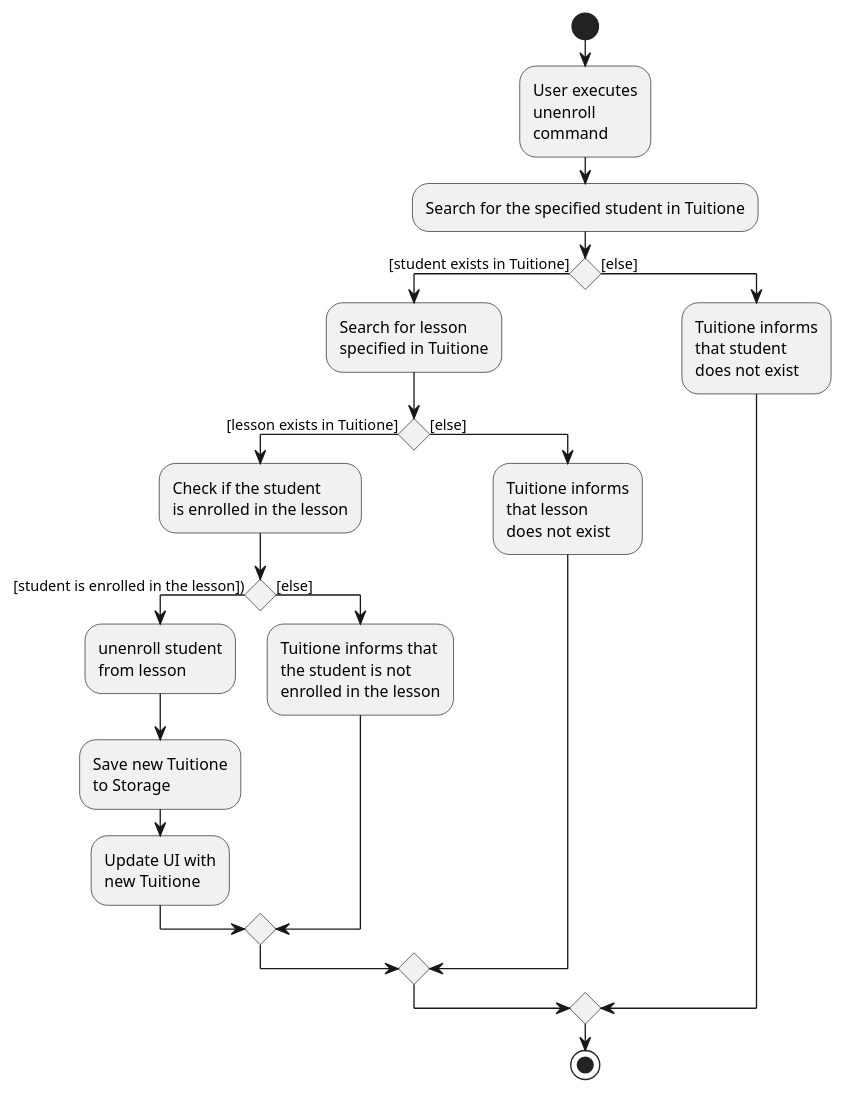
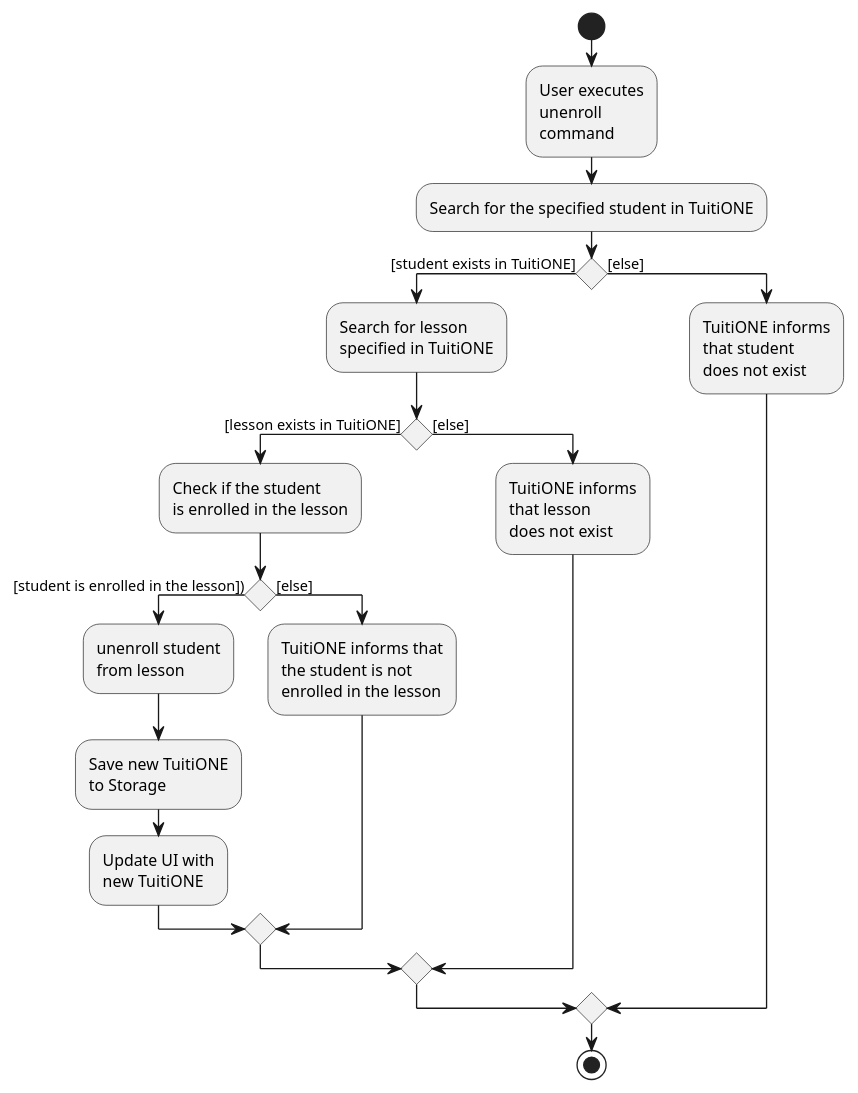
One commit to nus-cs2103-AY2122S1/tp changed the diagram in docs/diagrams/UnenrollActivityDiagram.puml. Above: the diagram before and after it, drawn with PlantUML. The commit also changed 6 other files, not shown here.

Commit message:
Updates to Enroll sequence and activity diagrams

```diff
--- a/docs/diagrams/UnenrollActivityDiagram.puml
+++ b/docs/diagrams/UnenrollActivityDiagram.puml
@@ -1,58 +1,58 @@
 @startuml
 start
 :User executes
 unenroll
 command;
 
 'Since the beta syntax does not support placing the condition outside the
 'diamond we place it as the true branch instead.
 
-:Search for the specified student in Tuitione;
+:Search for the specified student in TuitiONE;
 
-if () then ([student exists in Tuitione])
+if () then ([student exists in TuitiONE])
 
     :Search for lesson
-    specified in Tuitione;
+    specified in TuitiONE;
 
-    if () then ([lesson exists in Tuitione])
+    if () then ([lesson exists in TuitiONE])
 
         :Check if the student
         is enrolled in the lesson;
 
         if () then ([student is enrolled in the lesson]))
 
             :unenroll student
             from lesson;
 
-            :Save new Tuitione
+            :Save new TuitiONE
             to Storage;
 
             :Update UI with
-            new Tuitione;
+            new TuitiONE;
 
         else ([else])
 
-            :Tuitione informs that
+            :TuitiONE informs that
             the student is not
             enrolled in the lesson;
 
         endif
 
     else ([else])
 
-        :Tuitione informs
+        :TuitiONE informs
         that lesson
         does not exist;
 
     endif
 
 else ([else])
 
-    :Tuitione informs
+    :TuitiONE informs
     that student
     does not exist;
 
 endif
 
 stop
 @enduml
```
